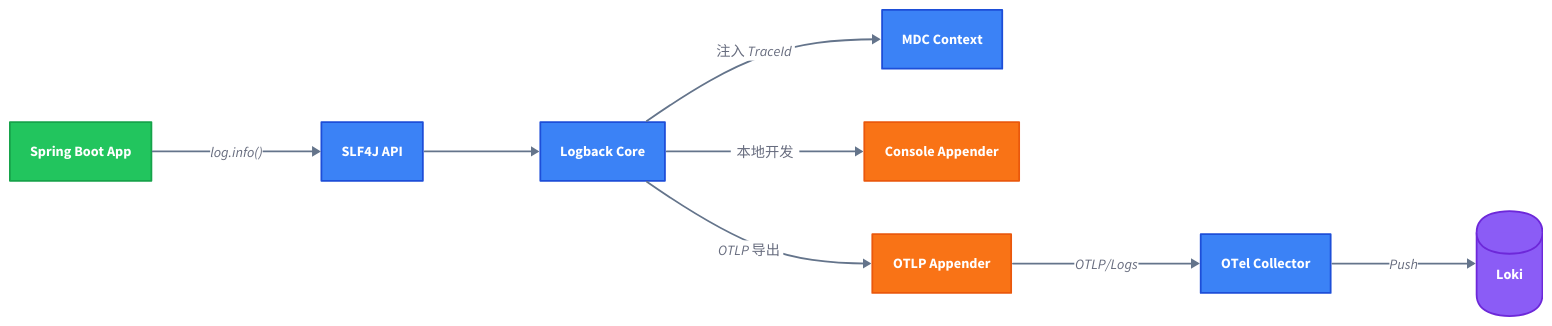
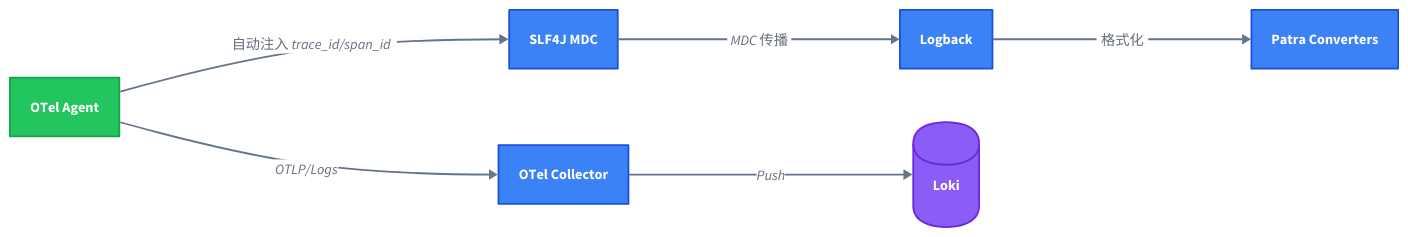
The second of 3 diagrams in patra-api/docs/designs/observability/04-otel-integration.md (linqibin0826/patra), drawn with D2 before and after one commit. The commit also changed other lines of this file and 4 other files, not shown here.

````diff
--- a/patra-api/docs/designs/observability/04-otel-integration.md
+++ b/patra-api/docs/designs/observability/04-otel-integration.md
@@ -298,63 +141,44 @@
 ```d2 width=800
 direction: right
 
 classes: {
   app: {
     style: {
       fill: "#22c55e"
       stroke: "#16a34a"
-      stroke-width: 2
-      font-color: "#ffffff"
-    }
-  }
-  log: {
-    style: {
-      fill: "#f97316"
-      stroke: "#ea580c"
       stroke-width: 2
       font-color: "#ffffff"
     }
   }
   component: {
     style: {
       fill: "#3b82f6"
       stroke: "#1d4ed8"
       stroke-width: 2
       font-color: "#ffffff"
     }
   }
   storage: {
     shape: cylinder
     style: {
       fill: "#8b5cf6"
       stroke: "#6d28d9"
       stroke-width: 2
       font-color: "#ffffff"
     }
   }
 }
 
-# 应用层
-app: Spring Boot App {class: app}
-slf4j: SLF4J API {class: component}
-logback: Logback Core {class: component}
-mdc: MDC Context {class: component}
-
-app -> slf4j: log.info() {style.stroke: "#64748b"; style.stroke-width: 2}
-slf4j -> logback: {style.stroke: "#64748b"; style.stroke-width: 2}
-logback -> mdc: 注入 TraceId {style.stroke: "#64748b"; style.stroke-width: 2}
-
-# Appender 层
-console: Console Appender {class: log}
-otlp: OTLP Appender {class: log}
-
-logback -> console: 本地开发 {style.stroke: "#64748b"; style.stroke-width: 2}
-logback -> otlp: OTLP 导出 {style.stroke: "#64748b"; style.stroke-width: 2}
-
-# 导出目标
+agent: OTel Agent {class: app}
+mdc: SLF4J MDC {class: component}
+logback: Logback {class: component}
+converter: Patra Converters {class: component}
 collector: OTel Collector {class: component}
 loki: Loki {class: storage}
 
-otlp -> collector: OTLP/Logs {style.stroke: "#64748b"; style.stroke-width: 2}
+agent -> mdc: 自动注入 trace_id/span_id {style.stroke: "#64748b"; style.stroke-width: 2}
+mdc -> logback: MDC 传播 {style.stroke: "#64748b"; style.stroke-width: 2}
+logback -> converter: 格式化 {style.stroke: "#64748b"; style.stroke-width: 2}
+agent -> collector: OTLP/Logs {style.stroke: "#64748b"; style.stroke-width: 2}
 collector -> loki: Push {style.stroke: "#64748b"; style.stroke-width: 2}
 ```
````
